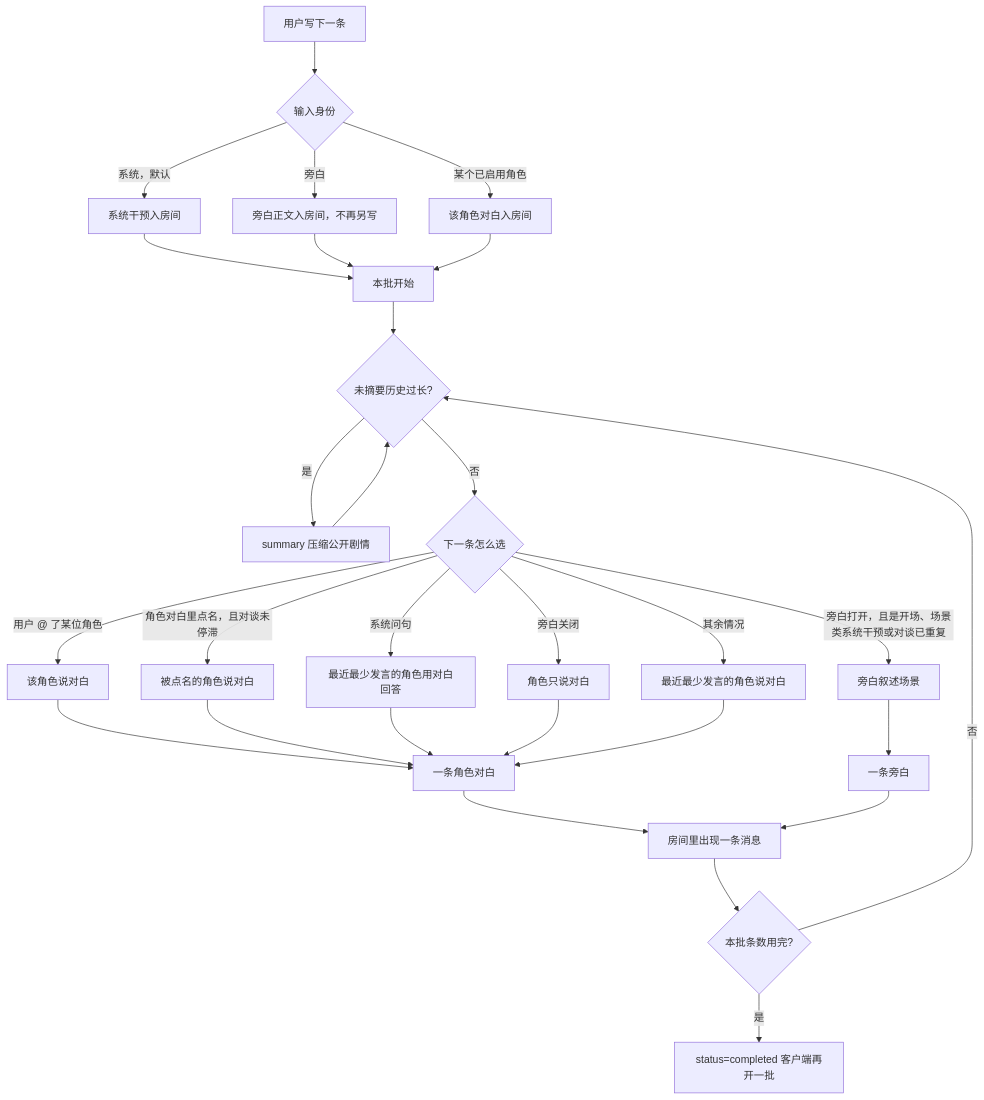
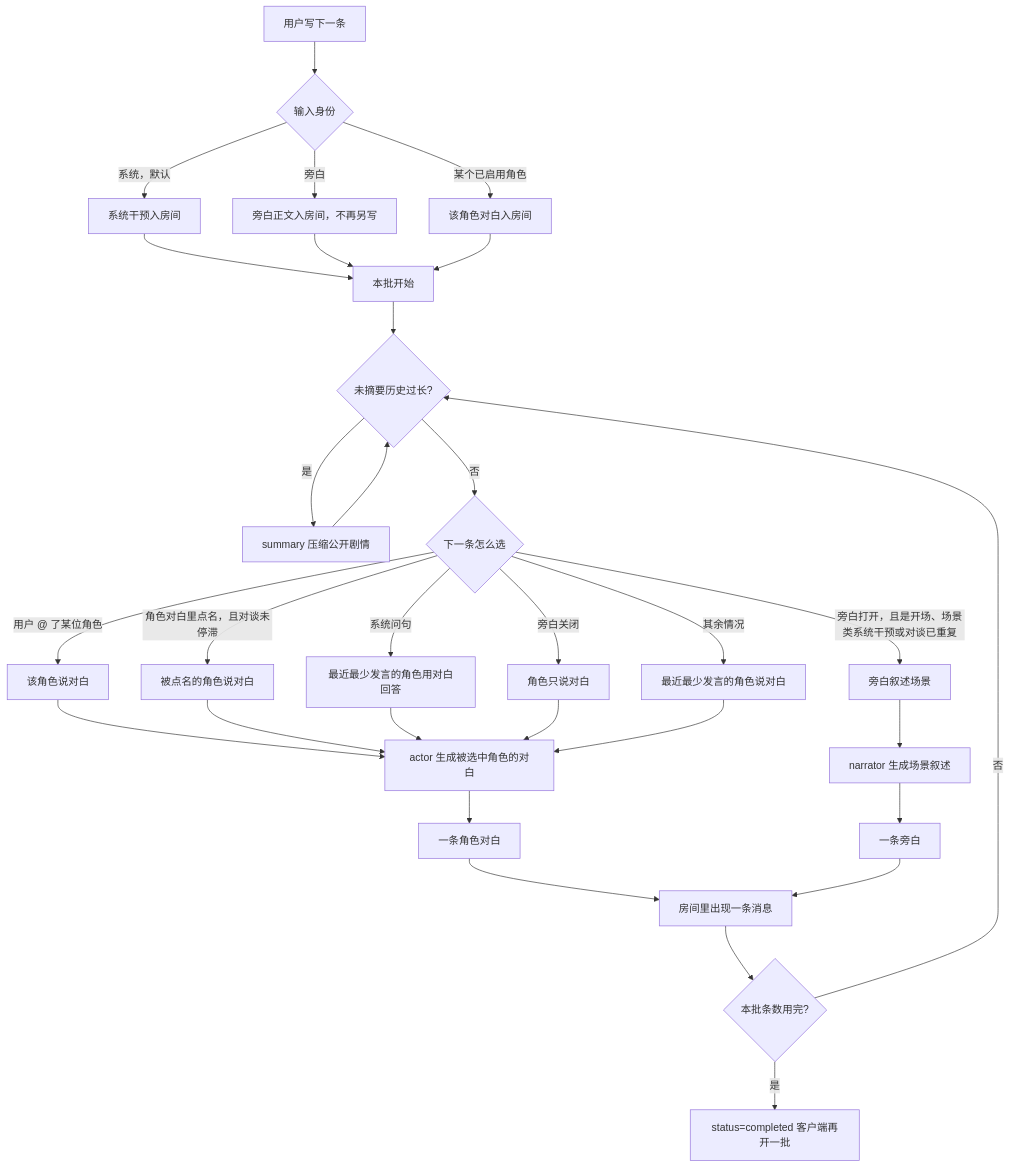
Before and after one commit to marvin-season/landing-page: the first of 3 diagrams in src/lib/group-chat/README.md, drawn with Mermaid. The commit also changed other lines of this file and 3 other files, not shown here.

Commit message:
refactor: align world agents with current architecture

````diff
--- a/src/lib/group-chat/README.md
+++ b/src/lib/group-chat/README.md
@@ -11,31 +11,33 @@
 ```mermaid
 flowchart TD
   input[用户写下一条] --> identity{输入身份}
   identity -->|系统，默认| systemMsg[系统干预入房间]
   identity -->|旁白| narrationMsg[旁白正文入房间，不再另写]
   identity -->|某个已启用角色| roleMsg[该角色对白入房间]
   systemMsg --> start
   narrationMsg --> start
   roleMsg --> start
   start[本批开始] --> summary{未摘要历史过长?}
   summary -->|是| sumAgent[summary 压缩公开剧情]
   sumAgent --> summary
   summary -->|否| pick{下一条怎么选}
   pick -->|用户 @ 了某位角色| named[该角色说对白]
   pick -->|角色对白里点名，且对谈未停滞| reply[被点名的角色说对白]
   pick -->|系统问句| ask[最近最少发言的角色用对白回答]
   pick -->|旁白关闭| talk[角色只说对白]
   pick -->|旁白打开，且是开场、场景类系统干预或对谈已重复| narrate[旁白叙述场景]
   pick -->|其余情况| least[最近最少发言的角色说对白]
-  named --> line[一条角色对白]
-  reply --> line
-  ask --> line
-  talk --> line
-  least --> line
-  narrate --> narrator[一条旁白]
+  named --> actorAgent[actor 生成被选中角色的对白]
+  reply --> actorAgent
+  ask --> actorAgent
+  talk --> actorAgent
+  least --> actorAgent
+  actorAgent --> line[一条角色对白]
+  narrate --> narratorAgent[narrator 生成场景叙述]
+  narratorAgent --> narrator[一条旁白]
   line --> visible[房间里出现一条消息]
   narrator --> visible
   visible --> next{本批条数用完?}
   next -->|否| summary
   next -->|是| done[status=completed 客户端再开一批]
 ```
````
